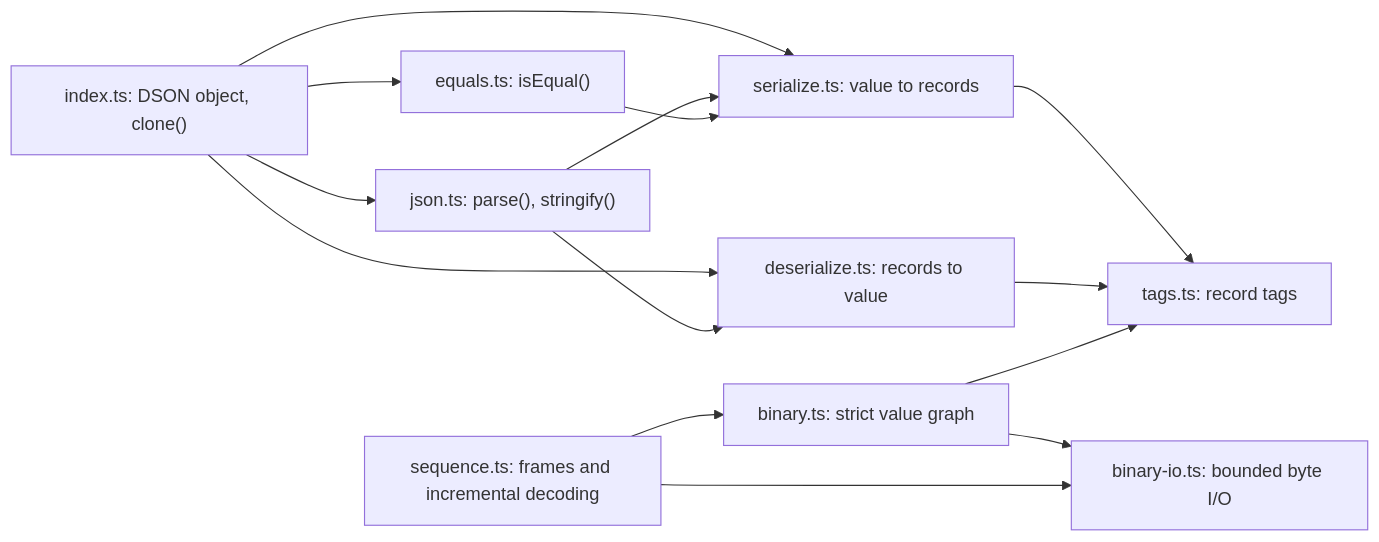
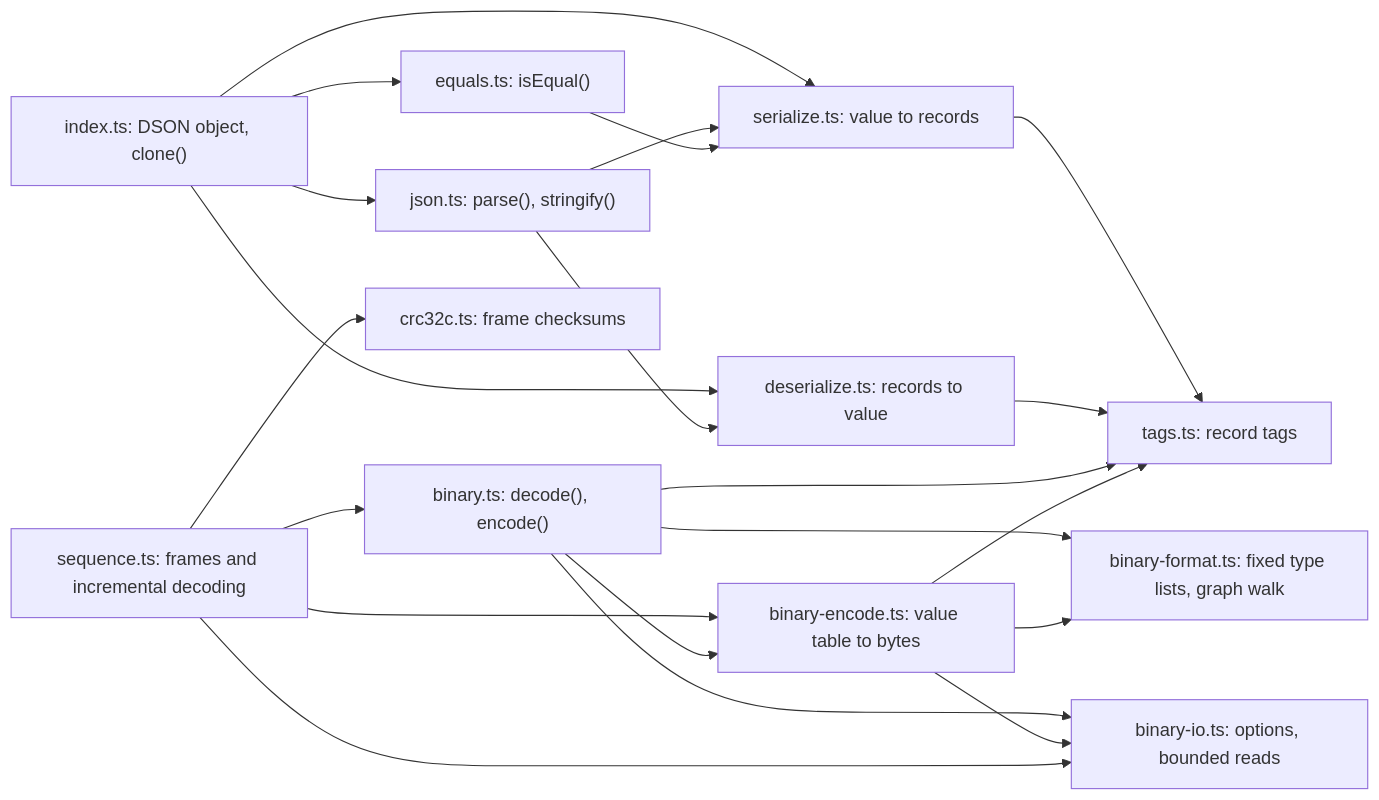
One commit to kyr0/defuss-dson changed the diagram in ARCH.md. Above: the diagram before and after it, drawn with Mermaid. The commit also changed other lines of this file and 23 other files, not shown here.

````diff
--- a/ARCH.md
+++ b/ARCH.md
@@ -7,16 +7,23 @@
 ```mermaid
 flowchart LR
   index["index.ts: DSON object, clone()"] --> json["json.ts: parse(), stringify()"]
   index --> equals["equals.ts: isEqual()"]
   index --> serialize
   index --> deserialize
   json --> serialize["serialize.ts: value to records"]
   json --> deserialize["deserialize.ts: records to value"]
   equals --> serialize
   serialize --> tags["tags.ts: record tags"]
   deserialize --> tags
-  sequence["sequence.ts: frames and incremental decoding"] --> binary["binary.ts: strict value graph"]
-  binary --> bytes["binary-io.ts: bounded byte I/O"]
+  sequence["sequence.ts: frames and incremental decoding"] --> binary["binary.ts: decode(), encode()"]
+  sequence --> encoder["binary-encode.ts: value table to bytes"]
+  binary --> encoder
+  binary --> format["binary-format.ts: fixed type lists, graph walk"]
+  encoder --> format
+  binary --> bytes["binary-io.ts: options, bounded reads"]
+  encoder --> bytes
   sequence --> bytes
+  sequence --> crc["crc32c.ts: frame checksums"]
   binary --> tags
+  encoder --> tags
 ```
````
